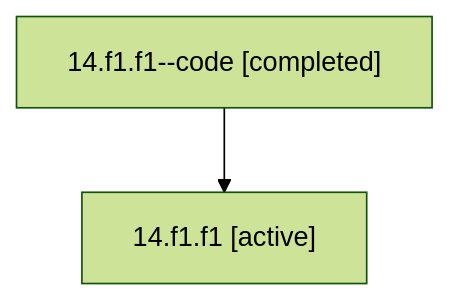
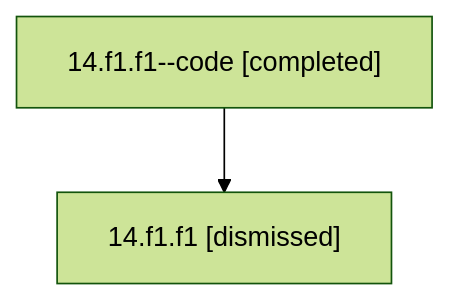
Before and after one commit to bobs-org/bob-cli--agents: the diagram in sessions/bbugyi200.athena.14.f1.f1.md, drawn with Mermaid (forest theme). The commit also changed other lines of this file and 42 other files, not shown here.

````diff
--- a/sessions/bbugyi200.athena.14.f1.f1.md
+++ b/sessions/bbugyi200.athena.14.f1.f1.md
@@ -9,6 +9,6 @@
 ```mermaid
 flowchart TD
   n0["14.f1.f1--code [completed]"]
-  n1["14.f1.f1 [active]"]
+  n1["14.f1.f1 [dismissed]"]
   n0 --> n1
 ```
````
